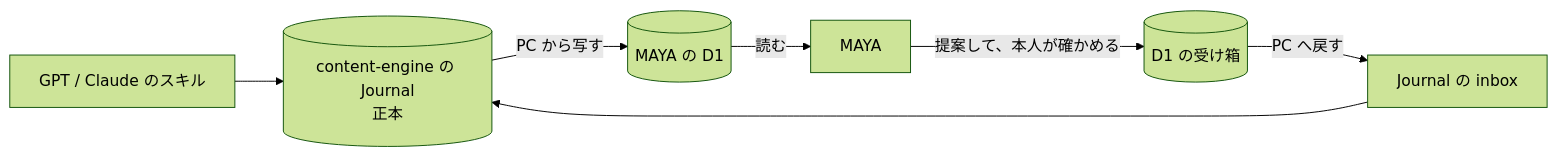
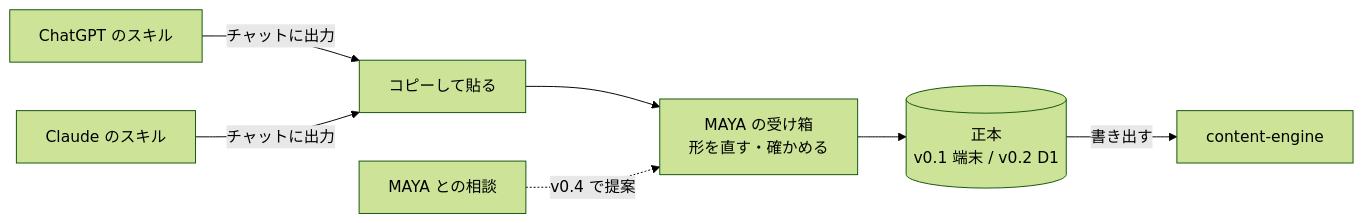
One commit to koji330-coder/maya-executive-partner changed the second of 2 diagrams in docs/PLATFORM_ARCHITECTURE.md. Above: the diagram before and after it, drawn with Mermaid (forest theme). The commit also changed other lines of this file and 10 other files, not shown here.

First line of the commit message:
受け箱を作り、Journal を MAYA に集める

````diff
--- a/docs/PLATFORM_ARCHITECTURE.md
+++ b/docs/PLATFORM_ARCHITECTURE.md
@@ -280,9 +282,9 @@
 ```mermaid
 flowchart LR
-  Skills[GPT / Claude のスキル] --> Journal[(content-engine の Journal<br/>正本)]
-  Journal -->|PC から写す| D1[(MAYA の D1)]
-  D1 -->|読む| MAYA[MAYA]
-  MAYA -->|提案して、本人が確かめる| Inbox[(D1 の受け箱)]
-  Inbox -->|PC へ戻す| JournalInbox[Journal の inbox]
-  JournalInbox --> Journal
+  GPT[ChatGPT のスキル] -->|チャットに出力| Paste[コピーして貼る]
+  Claude[Claude のスキル] -->|チャットに出力| Paste
+  Paste --> Inbox[MAYA の受け箱<br/>形を直す・確かめる]
+  MAYAChat[MAYA との相談] -.->|v0.4 で提案| Inbox
+  Inbox --> Store[(正本<br/>v0.1 端末 / v0.2 D1)]
+  Store -->|書き出す| CE[content-engine]
 ```
````
